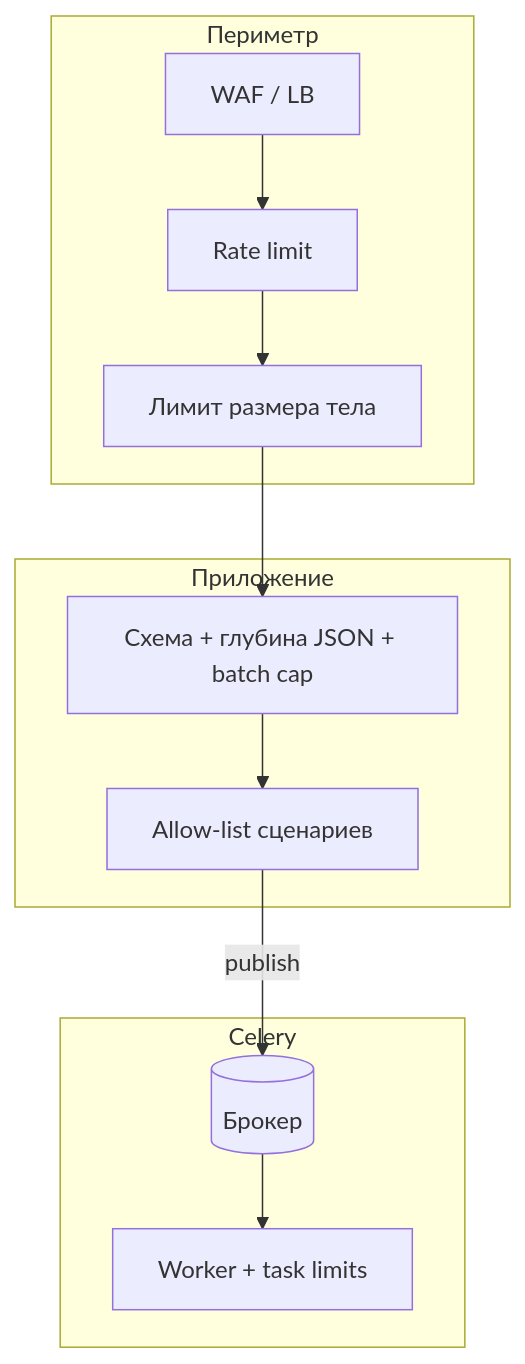
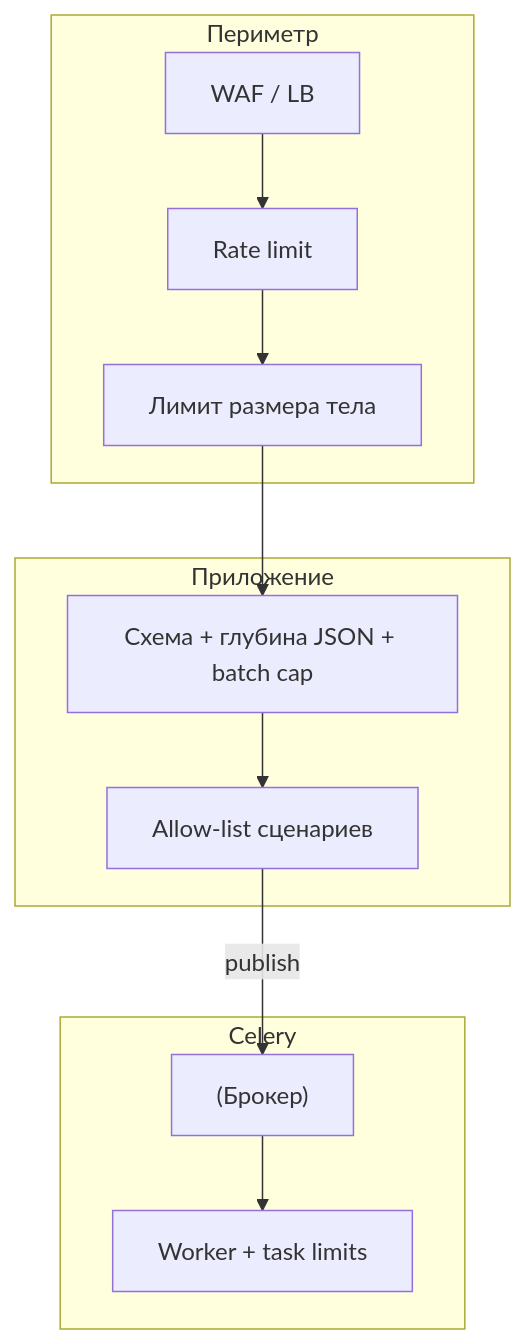
Before and after one commit to DDoSKudya/ai-study-atlas: the first of 2 diagrams in directions/services/celery/pact/17_bezopasnost_celery/15_17_17_6_zashchita_ot_zloupotrebleniy_i_dos_na_urovne_zadach.md, drawn with Mermaid. The commit also changed 322 other files, not shown here.

Commit message:
fix(docs): make mermaid diagrams GitHub-compatible across directions content

````diff
--- a/directions/services/celery/pact/17_bezopasnost_celery/15_17_17_6_zashchita_ot_zloupotrebleniy_i_dos_na_urovne_zadach.md
+++ b/directions/services/celery/pact/17_bezopasnost_celery/15_17_17_6_zashchita_ot_zloupotrebleniy_i_dos_na_urovne_zadach.md
@@ -148,22 +148,22 @@
 ```mermaid
 flowchart TB
   subgraph edge["Периметр"]
-    WAF[WAF / LB]
-    RL[Rate limit]
-    SZ[Лимит размера тела]
+    WAF["WAF / LB"]
+    RL["Rate limit"]
+    SZ["Лимит размера тела"]
   end
   subgraph app["Приложение"]
-    VAL[Схема + глубина JSON + batch cap]
-    AL[Allow-list сценариев]
+    VAL["Схема + глубина JSON + batch cap"]
+    AL["Allow-list сценариев"]
   end
   subgraph celery["Celery"]
-    BR[(Брокер)]
-    WK[Worker + task limits]
+    BR["(Брокер)"]
+    WK["Worker + task limits"]
   end
   WAF --> RL
   RL --> SZ
   SZ --> VAL
   VAL --> AL
   AL -->|publish| BR
   BR --> WK
 ```
````
